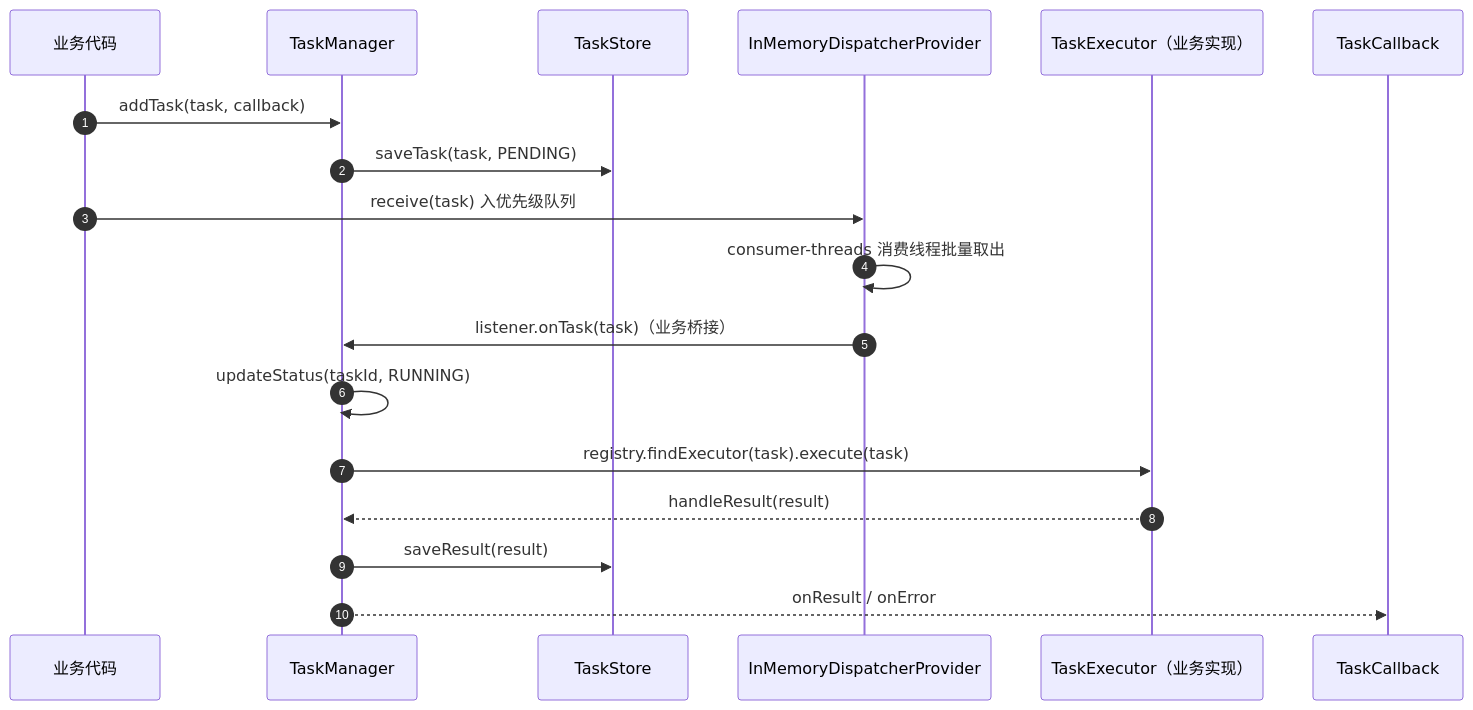
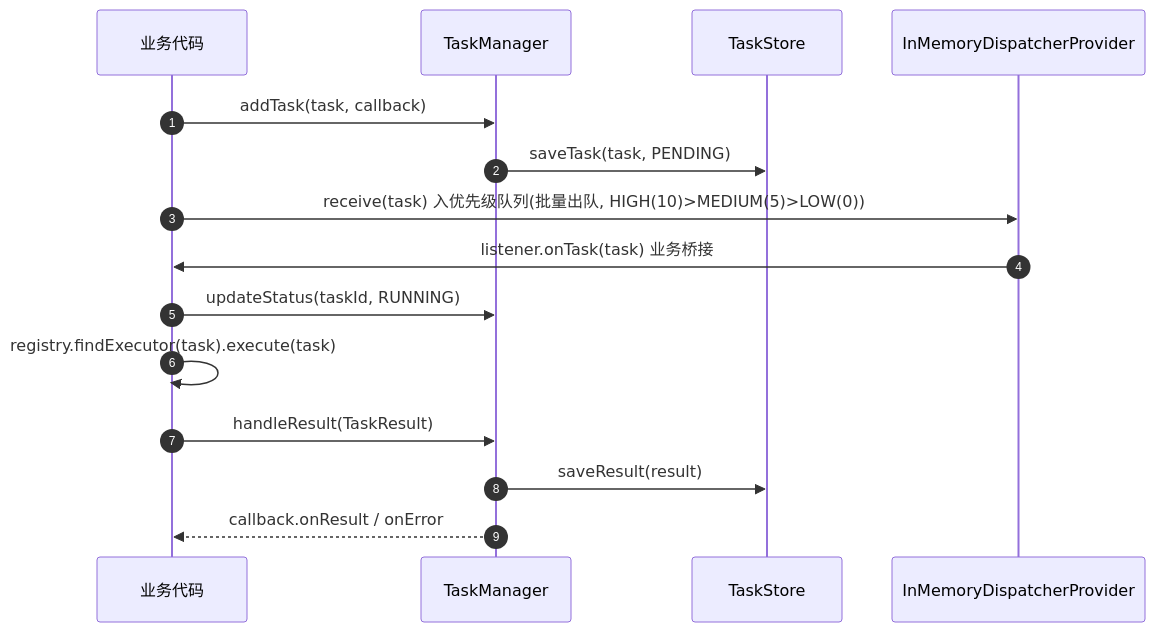
Before and after one commit to CHTK001/spring-support-parent-starter: the second of 2 diagrams in spring-support-taskdistribution-starter/README.md, drawn with Mermaid. The commit also changed other lines of this file and 54 other files, not shown here.

````diff
--- a/spring-support-taskdistribution-starter/README.md
+++ b/spring-support-taskdistribution-starter/README.md
@@ -102,21 +41,17 @@
 ```mermaid
 sequenceDiagram
     autonumber
     participant APP as 业务代码
     participant TM as TaskManager
     participant TS as TaskStore
     participant DP as InMemoryDispatcherProvider
-    participant EX as TaskExecutor（业务实现）
-    participant CB as TaskCallback
-
     APP->>TM: addTask(task, callback)
     TM->>TS: saveTask(task, PENDING)
-    APP->>DP: receive(task) 入优先级队列
-    DP->>DP: consumer-threads 消费线程批量取出
-    DP->>TM: listener.onTask(task)（业务桥接）
-    TM->>TM: updateStatus(taskId, RUNNING)
-    TM->>EX: registry.findExecutor(task).execute(task)
-    EX-->>TM: handleResult(result)
+    APP->>DP: receive(task) 入优先级队列(批量出队, HIGH(10)>MEDIUM(5)>LOW(0))
+    DP->>APP: listener.onTask(task) 业务桥接
+    APP->>TM: updateStatus(taskId, RUNNING)
+    APP->>APP: registry.findExecutor(task).execute(task)
+    APP->>TM: handleResult(TaskResult)
     TM->>TS: saveResult(result)
-    TM-->>CB: onResult / onError
+    TM-->>APP: callback.onResult / onError
 ```
````
